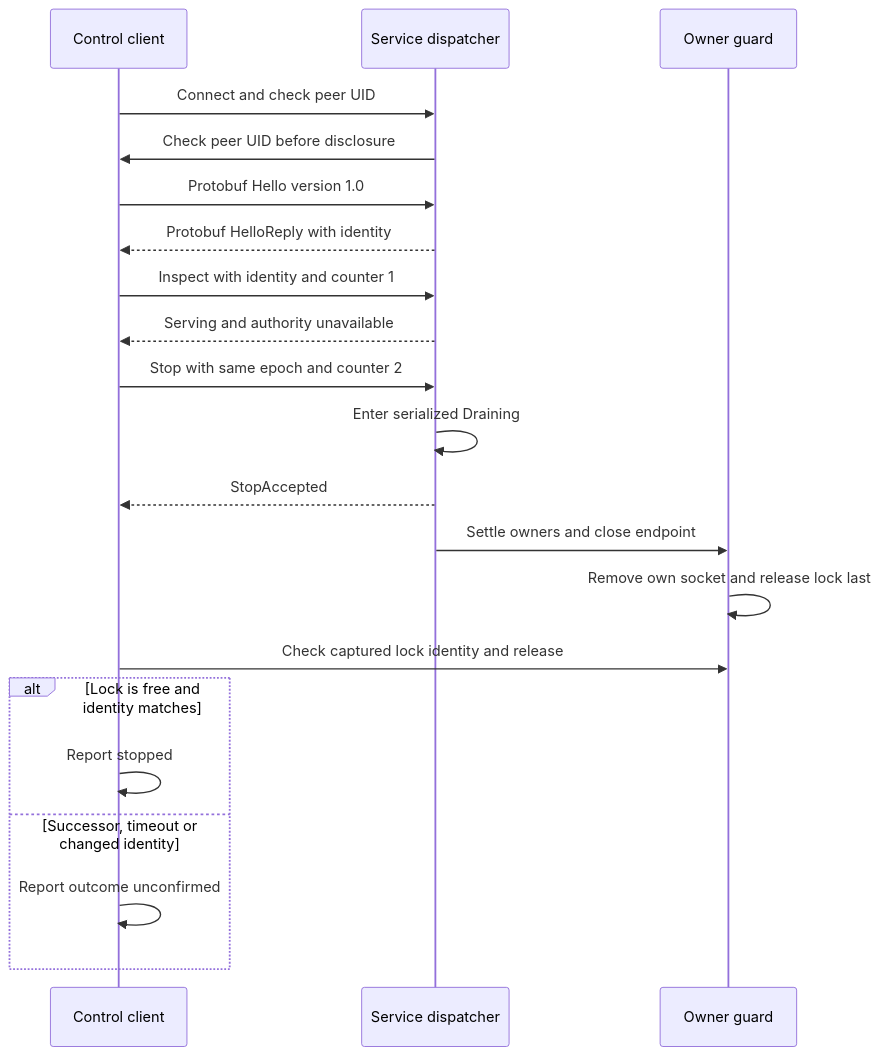
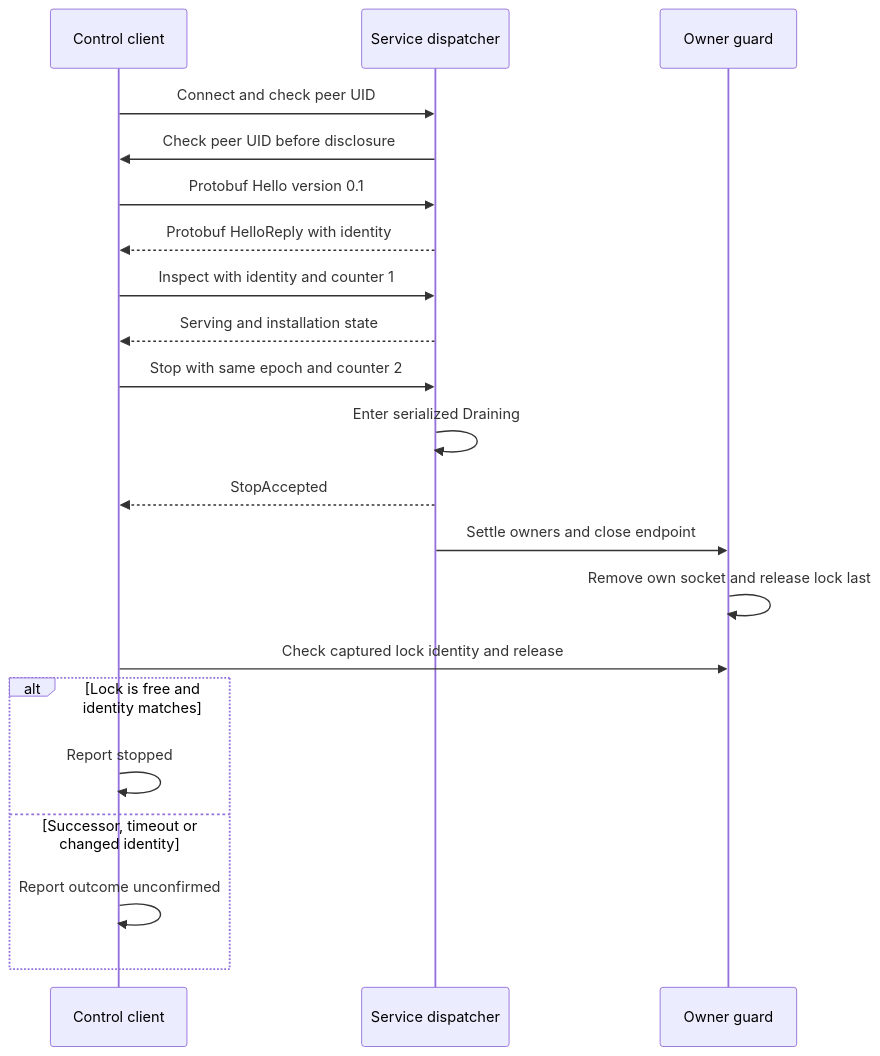
One commit to pidster/asura changed the fifth of 5 diagrams in docs/designs/system-architecture.md. Above: the diagram before and after it, drawn with Mermaid. The commit also changed other lines of this file and 22 other files, not shown here.

````diff
--- a/docs/designs/system-architecture.md
+++ b/docs/designs/system-architecture.md
@@ -676,23 +686,23 @@
 ```mermaid
 sequenceDiagram
     participant C as Control client
     participant S as Service dispatcher
     participant G as Owner guard
     C->>S: Connect and check peer UID
     S->>C: Check peer UID before disclosure
-    C->>S: Protobuf Hello version 1.0
+    C->>S: Protobuf Hello version 0.1
     S-->>C: Protobuf HelloReply with identity
     C->>S: Inspect with identity and counter 1
-    S-->>C: Serving and authority unavailable
+    S-->>C: Serving and installation state
     C->>S: Stop with same epoch and counter 2
     S->>S: Enter serialized Draining
     S-->>C: StopAccepted
     S->>G: Settle owners and close endpoint
     G->>G: Remove own socket and release lock last
     C->>G: Check captured lock identity and release
     alt Lock is free and identity matches
         C->>C: Report stopped
     else Successor, timeout or changed identity
         C->>C: Report outcome unconfirmed
     end
 ```
````
